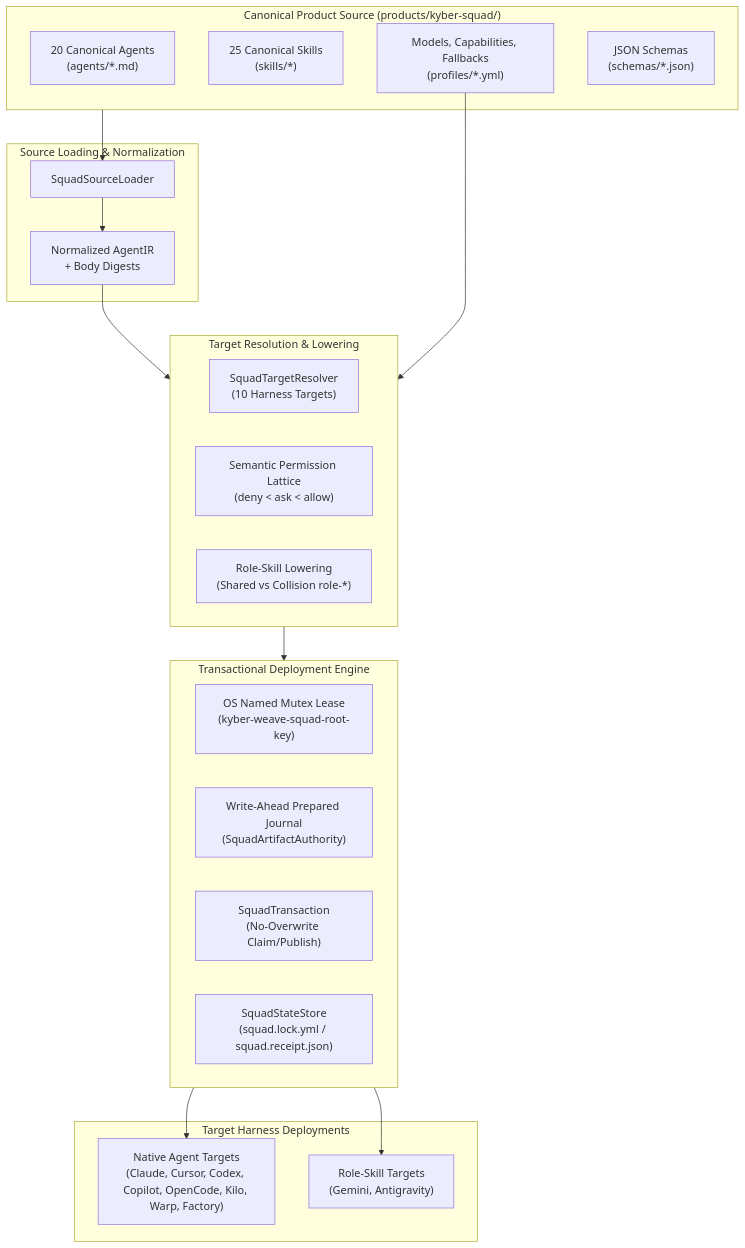
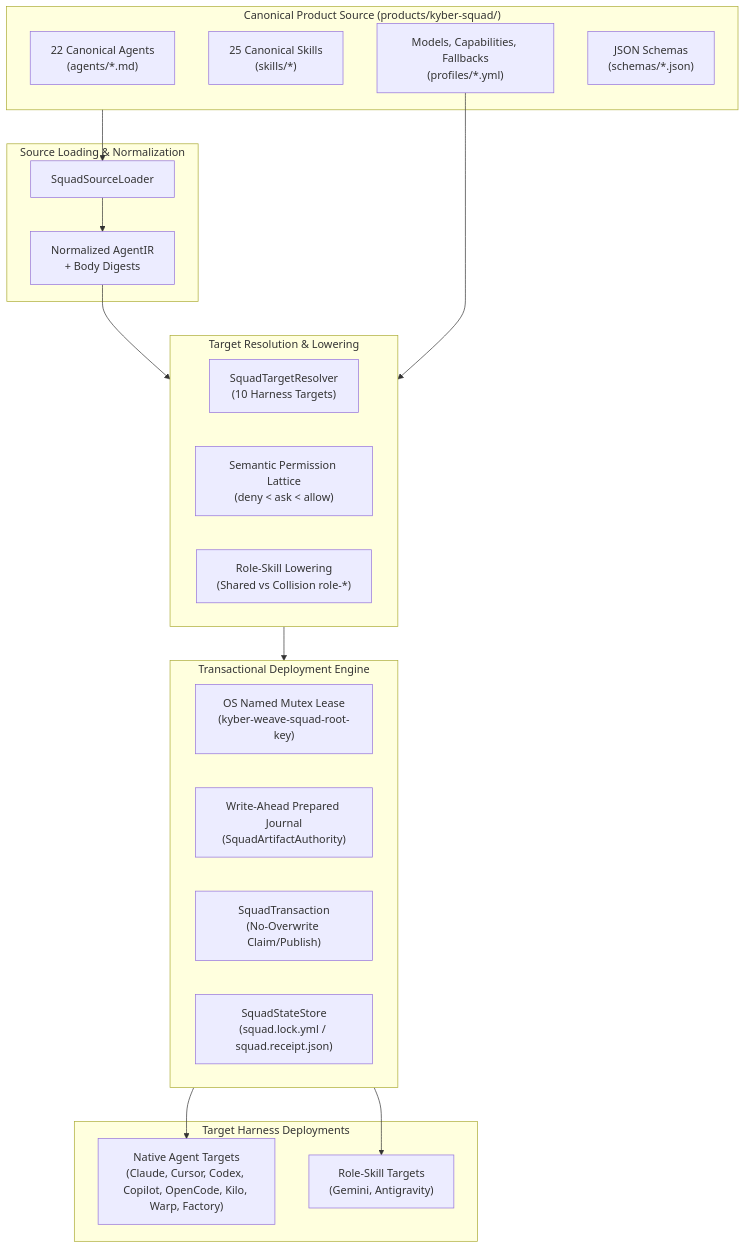
Before and after one commit to dpalfery/kyber-weave: the first of 4 diagrams in docs/kyber-squad/architecture.md, drawn with Mermaid. The commit also changed 259 other files, not shown here.

````diff
--- a/docs/kyber-squad/architecture.md
+++ b/docs/kyber-squad/architecture.md
@@ -31,40 +31,40 @@
 ```mermaid
 flowchart TD
     subgraph CanonicalSource["Canonical Product Source (products/kyber-squad/)"]
-        Agents["20 Canonical Agents\n(agents/*.md)"]
+        Agents["22 Canonical Agents\n(agents/*.md)"]
         Skills["25 Canonical Skills\n(skills/*)"]
         Profiles["Models, Capabilities, Fallbacks\n(profiles/*.yml)"]
         Schemas["JSON Schemas\n(schemas/*.json)"]
     end
 
     subgraph Loader["Source Loading & Normalization"]
         SquadSourceLoader["SquadSourceLoader"]
         AgentIR["Normalized AgentIR\n+ Body Digests"]
     end
 
     subgraph Compiler["Target Resolution & Lowering"]
         SquadTargetResolver["SquadTargetResolver\n(10 Harness Targets)"]
         Lattice["Semantic Permission Lattice\n(deny < ask < allow)"]
         Lowering["Role-Skill Lowering\n(Shared vs Collision role-*)"]
     end
 
     subgraph DeploymentEngine["Transactional Deployment Engine"]
         Mutex["OS Named Mutex Lease\n(kyber-weave-squad-root-key)"]
         Journal["Write-Ahead Prepared Journal\n(SquadArtifactAuthority)"]
         Transaction["SquadTransaction\n(No-Overwrite Claim/Publish)"]
         StateStore["SquadStateStore\n(squad.lock.yml / squad.receipt.json)"]
     end
 
     subgraph TargetHarnesses["Target Harness Deployments"]
         NativeTargets["Native Agent Targets\n(Claude, Cursor, Codex, Copilot, OpenCode, Kilo, Warp, Factory)"]
         FallbackTargets["Role-Skill Targets\n(Gemini, Antigravity)"]
     end
 
     CanonicalSource --> SquadSourceLoader
     SquadSourceLoader --> AgentIR
     AgentIR --> Compiler
     Profiles --> Compiler
     Compiler --> DeploymentEngine
     DeploymentEngine --> NativeTargets
     DeploymentEngine --> FallbackTargets
 ```
````
